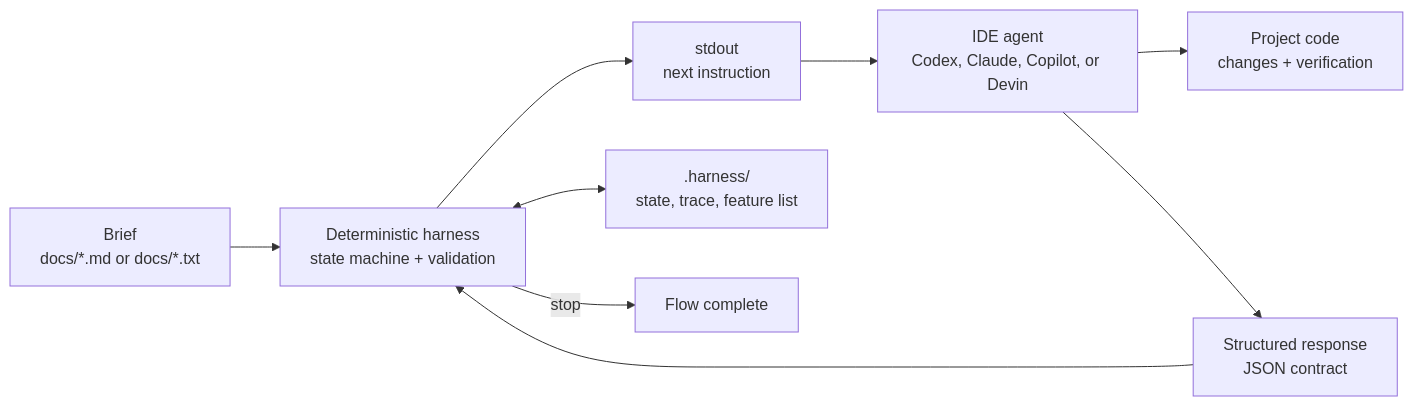
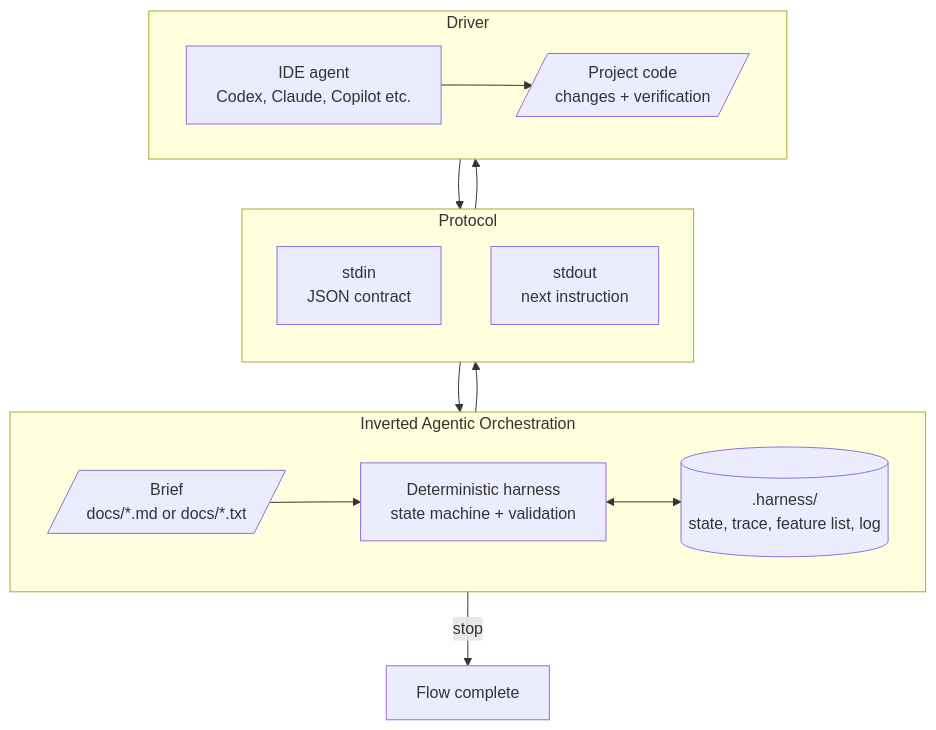
Before and after one commit to cooperacode/IAO: the diagram in README.md, drawn with Mermaid. The commit also changed 2 other files, not shown here.

Commit message:
Refactor README and SKILL documentation for clarity and consistency

````diff
--- a/README.md
+++ b/README.md
@@ -48,19 +48,30 @@
 ```mermaid
-flowchart LR
-    brief["Brief<br/>docs/*.md or docs/*.txt"]
+graph TB
+    subgraph "Inverted Agentic Orchestration"
+    direction LR
+    brief[/"Brief<br/>docs/*.md or docs/*.txt"/]
     harness["Deterministic harness<br/>state machine + validation"]
+    state[(.harness/<br/>state, trace, feature list, log)]
+    end
+
+    subgraph "Protocol"
+    direction TD
+    response["stdin<br/>JSON contract"]
     stdout["stdout<br/>next instruction"]
-    agent["IDE agent<br/>Codex, Claude, Copilot, or Devin"]
-    response["Structured response<br/>JSON contract"]
-    state[".harness/<br/>state, trace, feature list"]
-    code["Project code<br/>changes + verification"]
+    end
+
+    subgraph "Driver"
+    direction LR
+    agent["IDE agent<br/>Codex, Claude, Copilot etc."]
+    code[/"Project code<br/>changes + verification"/]
+    end
 
     brief --> harness
     harness --> stdout
     stdout --> agent
     agent --> code
     agent --> response
     response --> harness
     harness <--> state
     harness -->|stop| done["Flow complete"]
 ```
````
